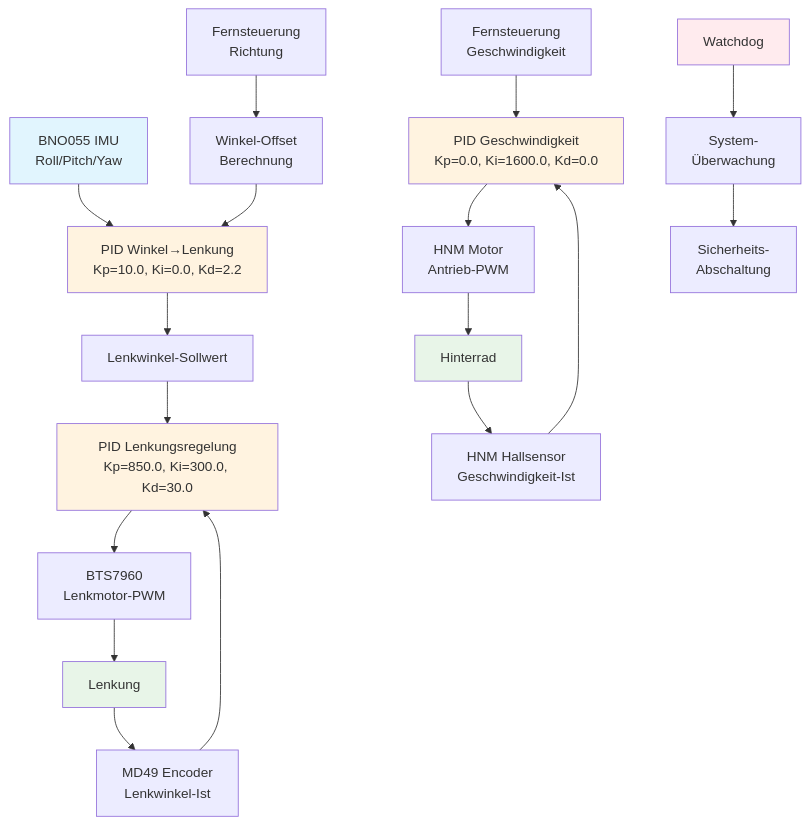
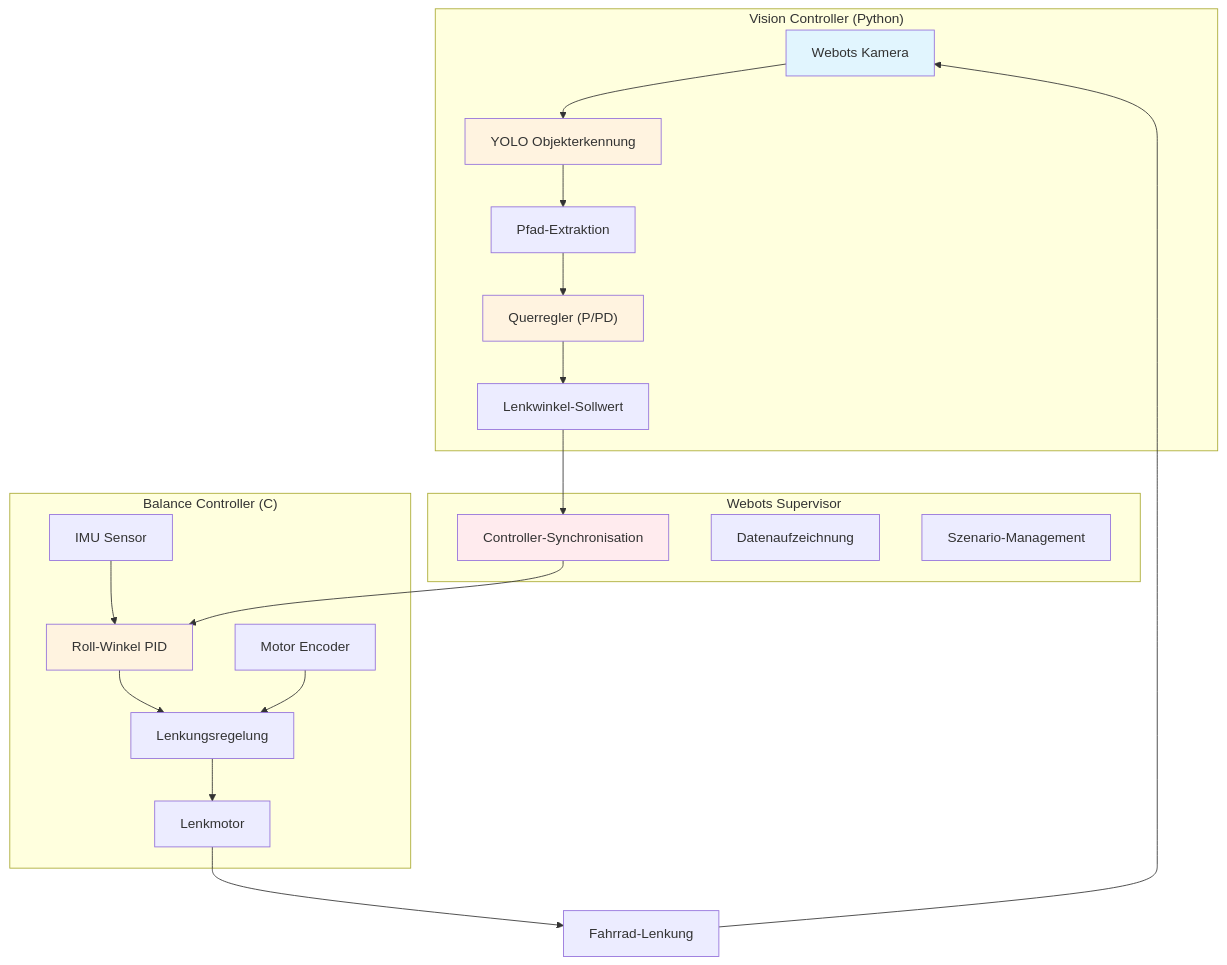
Before and after one commit to arabila/selfbalancingbicyle: the diagram in Vorherige Arbeiten/README.md, drawn with Mermaid. The commit also changed other lines of this file and 204 other files, not shown here.

````diff
--- a/Vorherige Arbeiten/README.md
+++ b/Vorherige Arbeiten/README.md
@@ -33,31 +71,33 @@
 ```mermaid
 graph TD
-    A["BNO055 IMU<br/>Roll/Pitch/Yaw"] --> B["PID Winkel→Lenkung<br/>Kp=10.0, Ki=0.0, Kd=2.2"]
-    B --> C["Lenkwinkel-Sollwert"]
-    C --> D["PID Lenkungsregelung<br/>Kp=850.0, Ki=300.0, Kd=30.0"]
+    subgraph "Vision Controller (Python)"
+        A["Webots Kamera"] --> B["YOLO Objekterkennung"]
+        B --> C["Pfad-Extraktion"]
+        C --> D["Querregler (P/PD)"]
+        D --> E["Lenkwinkel-Sollwert"]
+    end
     
-    E["MD49 Encoder<br/>Lenkwinkel-Ist"] --> D
-    D --> F["BTS7960<br/>Lenkmotor-PWM"]
-    F --> G["Lenkung"]
-    G --> E
+    subgraph "Balance Controller (C)"
+        F["IMU Sensor"] --> G["Roll-Winkel PID"]
+        G --> H["Lenkungsregelung"]
+        I["Motor Encoder"] --> H
+        H --> J["Lenkmotor"]
+    end
     
-    H["Fernsteuerung<br/>Geschwindigkeit"] --> I["PID Geschwindigkeit<br/>Kp=0.0, Ki=1600.0, Kd=0.0"]
-    J["HNM Hallsensor<br/>Geschwindigkeit-Ist"] --> I
-    I --> K["HNM Motor<br/>Antrieb-PWM"]
-    K --> L["Hinterrad"]
-    L --> J
+    subgraph "Webots Supervisor"
+        K["Controller-Synchronisation"]
+        L["Datenaufzeichnung"]
+        M["Szenario-Management"]
+    end
     
-    M["Fernsteuerung<br/>Richtung"] --> N["Winkel-Offset<br/>Berechnung"]
-    N --> B
-    
-    O["Watchdog"] --> P["System-<br/>Überwachung"]
-    P --> Q["Sicherheits-<br/>Abschaltung"]
+    E --> K
+    K --> G
+    J --> N["Fahrrad-Lenkung"]
+    N --> A
     
     style A fill:#e1f5fe
     style B fill:#fff3e0
     style D fill:#fff3e0
-    style I fill:#fff3e0
-    style G fill:#e8f5e8
-    style L fill:#e8f5e8
-    style O fill:#ffebee
+    style G fill:#fff3e0
+    style K fill:#ffebee
 ```
````
